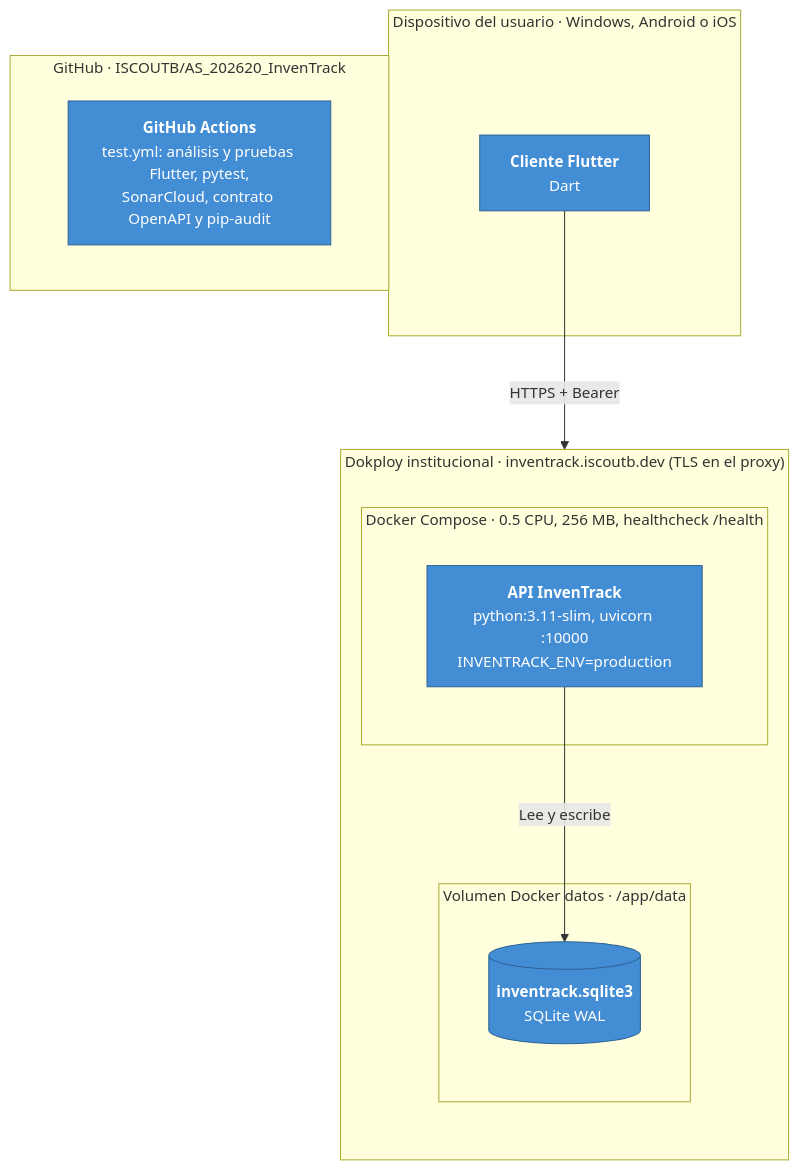
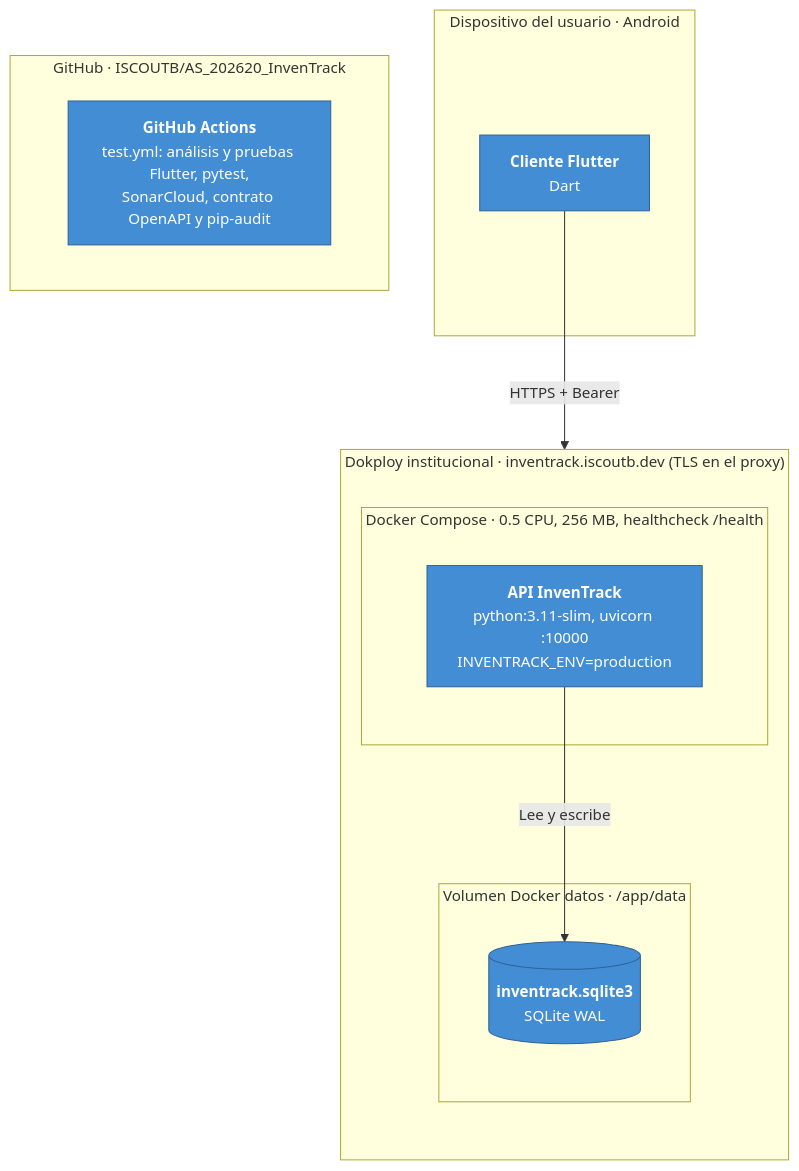
Before and after one commit to ISCOUTB/AS_202620_InvenTrack: the diagram in c4-actual/04-despliegue.md, drawn with Mermaid. The commit also changed 19 other files, not shown here.

Commit message:
Aplicar la revisión del cliente Android y verificar la arquitectura y el flujo durable

````diff
--- a/c4-actual/04-despliegue.md
+++ b/c4-actual/04-despliegue.md
@@ -3,31 +3,31 @@
 ```mermaid
 flowchart TB
     %%{init: {"flowchart": {"nodeSpacing": 70, "rankSpacing": 90, "curve": "basis", "htmlLabels": true}, "themeVariables": {"fontSize": "15px"}}}%%
-    subgraph dev ["Dispositivo del usuario · Windows, Android o iOS"]
+    subgraph dev ["Dispositivo del usuario · Android"]
         flutter["<b>Cliente Flutter</b><br/>Dart"]:::cont
     end
 
     subgraph dokploy ["Dokploy institucional · inventrack.iscoutb.dev (TLS en el proxy)"]
         direction TB
         subgraph compose ["Docker Compose · 0.5 CPU, 256 MB, healthcheck /health"]
             apiD["<b>API InvenTrack</b><br/>python:3.11-slim, uvicorn :10000<br/>INVENTRACK_ENV=production"]:::cont
         end
         subgraph vol ["Volumen Docker datos · /app/data"]
             dbD[("<b>inventrack.sqlite3</b><br/>SQLite WAL")]:::db
         end
     end
 
     subgraph gh ["GitHub · ISCOUTB/AS_202620_InvenTrack"]
         ci["<b>GitHub Actions</b><br/>test.yml: análisis y pruebas Flutter, pytest,<br/>SonarCloud, contrato OpenAPI y pip-audit"]:::cont
     end
 
     flutter -->|"HTTPS + Bearer"| apiD
     apiD -->|"Lee y escribe"| dbD
 
     classDef person fill:#08427b,stroke:#052e56,color:#ffffff
     classDef sys fill:#1168bd,stroke:#0b4884,color:#ffffff
     classDef ext fill:#999999,stroke:#6b6b6b,color:#ffffff
     classDef cont fill:#438dd5,stroke:#2e6295,color:#ffffff
     classDef comp fill:#85bbf0,stroke:#5d82a8,color:#000000
     classDef db fill:#438dd5,stroke:#2e6295,color:#ffffff
 ```
````
